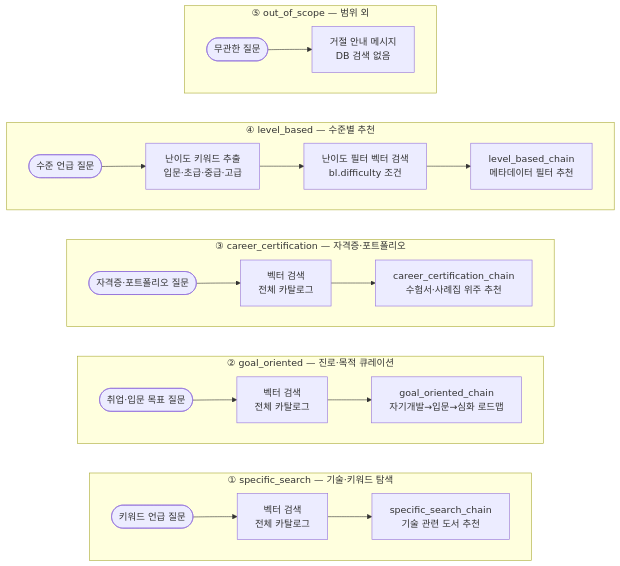
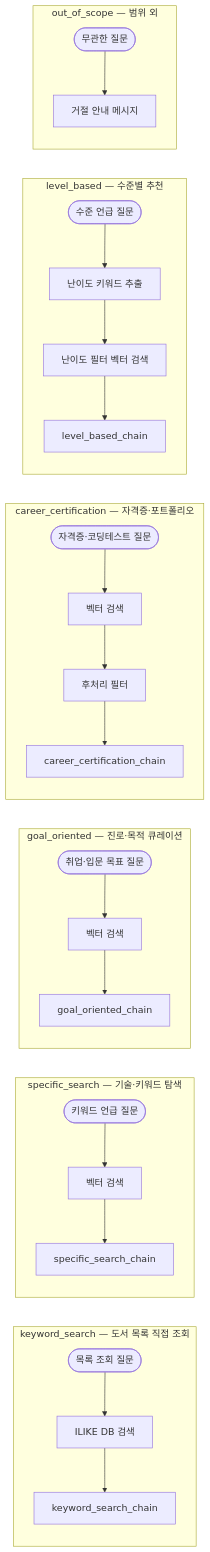
Before and after one commit to khs980714/READ-ME: the third of 4 diagrams in docs/chain.md, drawn with Mermaid. The commit also changed other lines of this file and 5 other files, not shown here.

First line of the commit message:
docs: 시스템 아키텍처 문서 신규 추가 및 ERD·Schema·Chain·API 현행화

````diff
--- a/docs/chain.md
+++ b/docs/chain.md
@@ -135,27 +115,26 @@
 ```mermaid
 flowchart LR
-    subgraph specific_search["① specific_search — 기술·키워드 탐색"]
-        direction LR
-        SS1([키워드 언급 질문]) --> SS2[벡터 검색\n전체 카탈로그] --> SS3[specific_search_chain\n기술 관련 도서 추천]
+    subgraph kw["keyword_search — 도서 목록 직접 조회"]
+        KW1(["목록 조회 질문"]) --> KW2["ILIKE DB 검색"] --> KW3["keyword_search_chain"]
     end
 
-    subgraph goal_oriented["② goal_oriented — 진로·목적 큐레이션"]
-        direction LR
-        GO1([취업·입문 목표 질문]) --> GO2[벡터 검색\n전체 카탈로그] --> GO3[goal_oriented_chain\n자기개발→입문→심화 로드맵]
+    subgraph ss["specific_search — 기술·키워드 탐색"]
+        SS1(["키워드 언급 질문"]) --> SS2["벡터 검색"] --> SS3["specific_search_chain"]
     end
 
-    subgraph career_cert["③ career_certification — 자격증·포트폴리오"]
-        direction LR
-        CC1([자격증·포트폴리오 질문]) --> CC2[벡터 검색\n전체 카탈로그] --> CC3[career_certification_chain\n수험서·사례집 위주 추천]
+    subgraph go["goal_oriented — 진로·목적 큐레이션"]
+        GO1(["취업·입문 목표 질문"]) --> GO2["벡터 검색"] --> GO3["goal_oriented_chain"]
     end
 
-    subgraph level_based["④ level_based — 수준별 추천"]
-        direction LR
-        LB1([수준 언급 질문]) --> LB2[난이도 키워드 추출\n입문·초급·중급·고급] --> LB3[난이도 필터 벡터 검색\nbl.difficulty 조건] --> LB4[level_based_chain\n메타데이터 필터 추천]
+    subgraph cc["career_certification — 자격증·포트폴리오"]
+        CC1(["자격증·코딩테스트 질문"]) --> CC2["벡터 검색"] --> CC3["후처리 필터"] --> CC4["career_certification_chain"]
     end
 
-    subgraph out_of_scope["⑤ out_of_scope — 범위 외"]
-        direction LR
-        OS1([무관한 질문]) --> OS2["거절 안내 메시지\nDB 검색 없음"]
+    subgraph lb["level_based — 수준별 추천"]
+        LB1(["수준 언급 질문"]) --> LB2["난이도 키워드 추출"] --> LB3["난이도 필터 벡터 검색"] --> LB4["level_based_chain"]
+    end
+
+    subgraph oos["out_of_scope — 범위 외"]
+        OS1(["무관한 질문"]) --> OS2["거절 안내 메시지"]
     end
 ```
````
